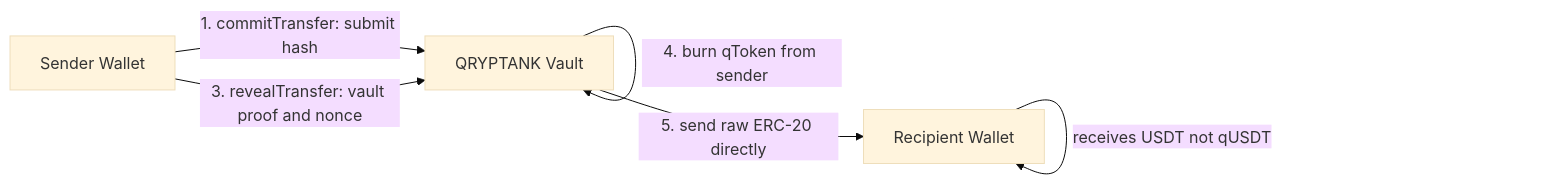
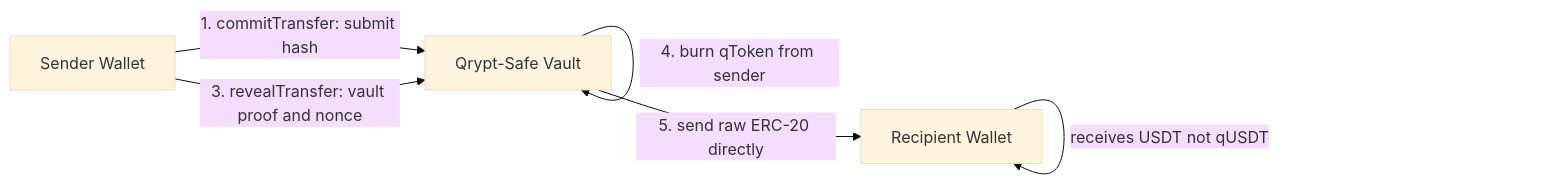
Before and after one commit to Qryptumorg/.github: the second of 2 diagrams in profile/README.md, drawn with Mermaid (base theme). The commit also changed other lines of this file, not shown here.

````diff
--- a/profile/README.md
+++ b/profile/README.md
@@ -59,9 +59,9 @@
 ```mermaid
 flowchart LR
-    A[Sender Wallet] -->|1. commitTransfer: submit hash| V[QRYPTANK Vault]
+    A[Sender Wallet] -->|1. commitTransfer: submit hash| V[Qrypt-Safe Vault]
     V -->|2. wait 1 block| V
     A -->|3. revealTransfer: vault proof and nonce| V
     V -->|4. burn qToken from sender| V
     V -->|5. send raw ERC-20 directly| B[Recipient Wallet]
     B -->|receives USDT not qUSDT| B
 ```
````
